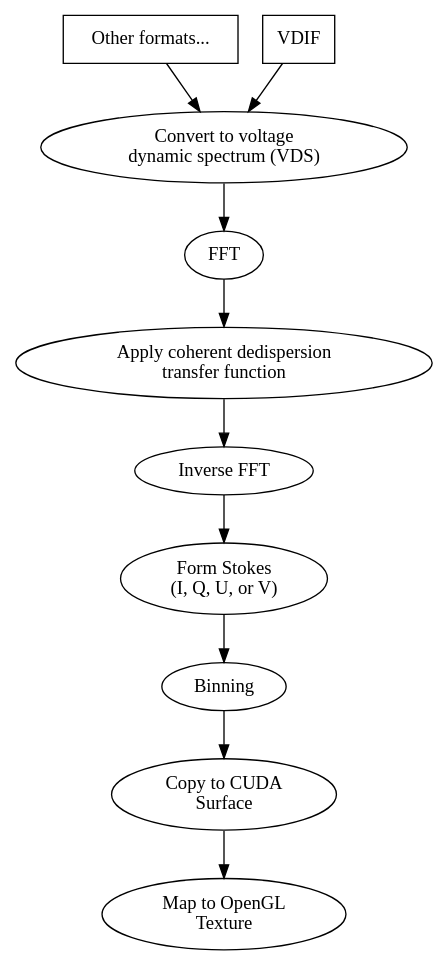
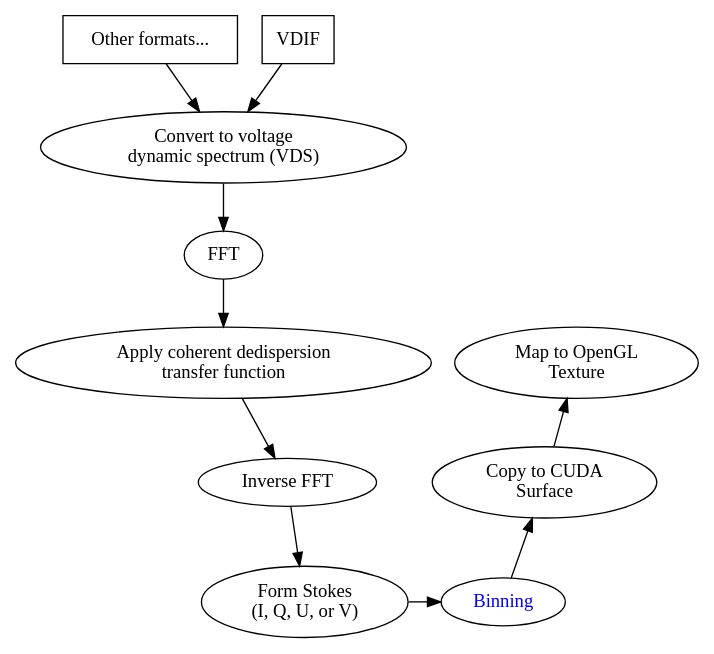
The diagram in doc/images/datapipeline.dot (robotopia/dm-slider), drawn with Graphviz before and after one commit. The commit also changed 2 other files, not shown here.

Commit message:
Trying to figure out the best way to do binning...

```diff
--- a/doc/images/datapipeline.dot
+++ b/doc/images/datapipeline.dot
@@ -1,22 +1,44 @@
 digraph cudaopengl
 {
-    OtherFormats [shape="box", label="Other formats..."]
-    VDIF [shape="box"]
-    VDS [label="Convert to voltage\ndynamic spectrum (VDS)" ]
-    CohDD [label="Apply coherent dedispersion\ntransfer function"]
-    IFFT [label="Inverse FFT"]
-    Detect [label="Form Stokes\n(I, Q, U, or V)"]
-    Surface [label="Copy to CUDA\nSurface"]
-    Texture [label="Map to OpenGL\nTexture"]
+    OtherFormats [shape="box", label="Other formats..."];
+    VDIF [shape="box"];
+    VDS [label="Convert to voltage\ndynamic spectrum (VDS)" ];
+    CohDD [label="Apply coherent dedispersion\ntransfer function"];
+    IFFT [label="Inverse FFT"];
+    Detect [label="Form Stokes\n(I, Q, U, or V)"];
+    Binning [href="@ref binning", fontcolor="blue"];
+    Surface [label="Copy to CUDA\nSurface"];
+    Texture [label="Map to OpenGL\nTexture"];
 
-    VDIF -> VDS
-    OtherFormats -> VDS
-    VDS -> FFT -> CohDD -> IFFT -> Detect -> Binning -> Surface -> Texture
+    VDIF -> VDS;
+    OtherFormats -> VDS;
+    VDS -> FFT -> CohDD -> IFFT -> Detect -> Binning -> Surface -> Texture;
 
-    subgraph subs
+    subgraph subs1
     {
-        rank = same
-        VDIF
-        OtherFormats
+        rank = same;
+        VDIF;
+        OtherFormats;
+    }
+
+    subgraph subs2
+    {
+        rank = same;
+        Detect;
+        Binning;
+    }
+
+    subgraph subs3
+    {
+        rank = same;
+        IFFT;
+        Surface;
+    }
+
+    subgraph subs4
+    {
+        rank = same;
+        CohDD;
+        Texture;
     }
 }
```
